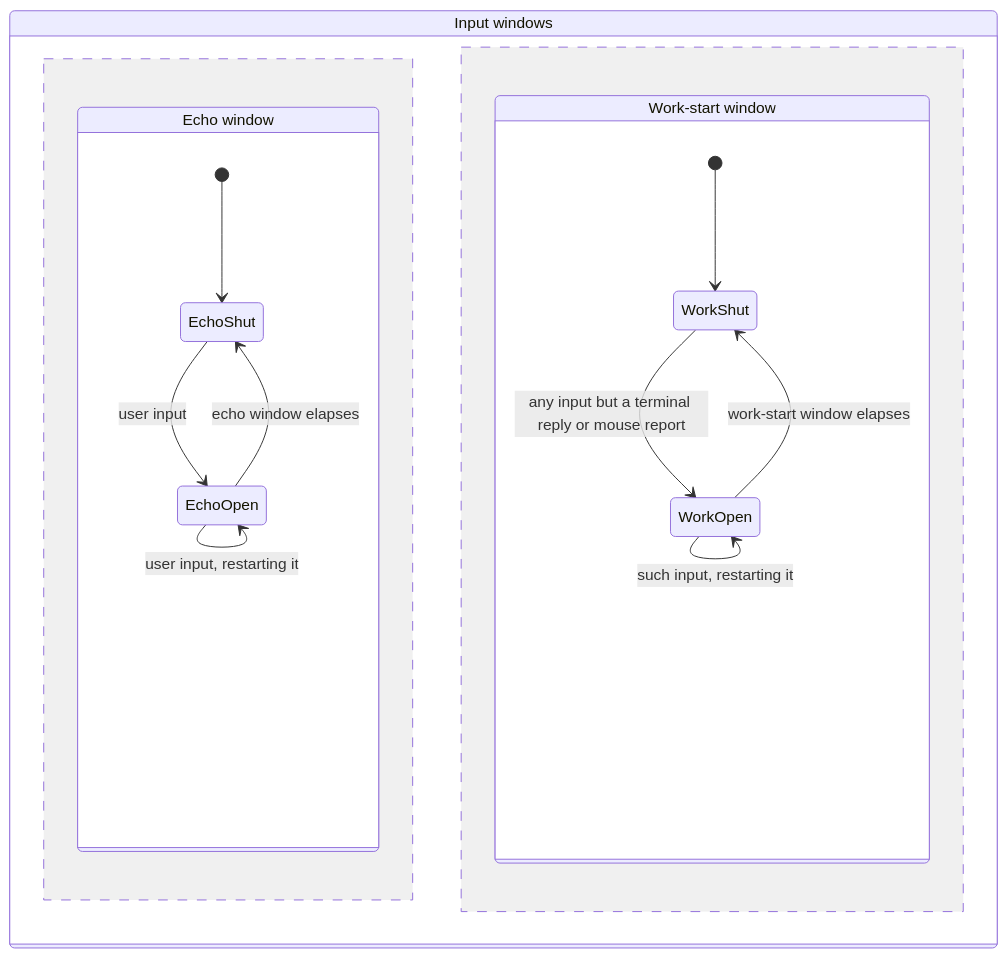
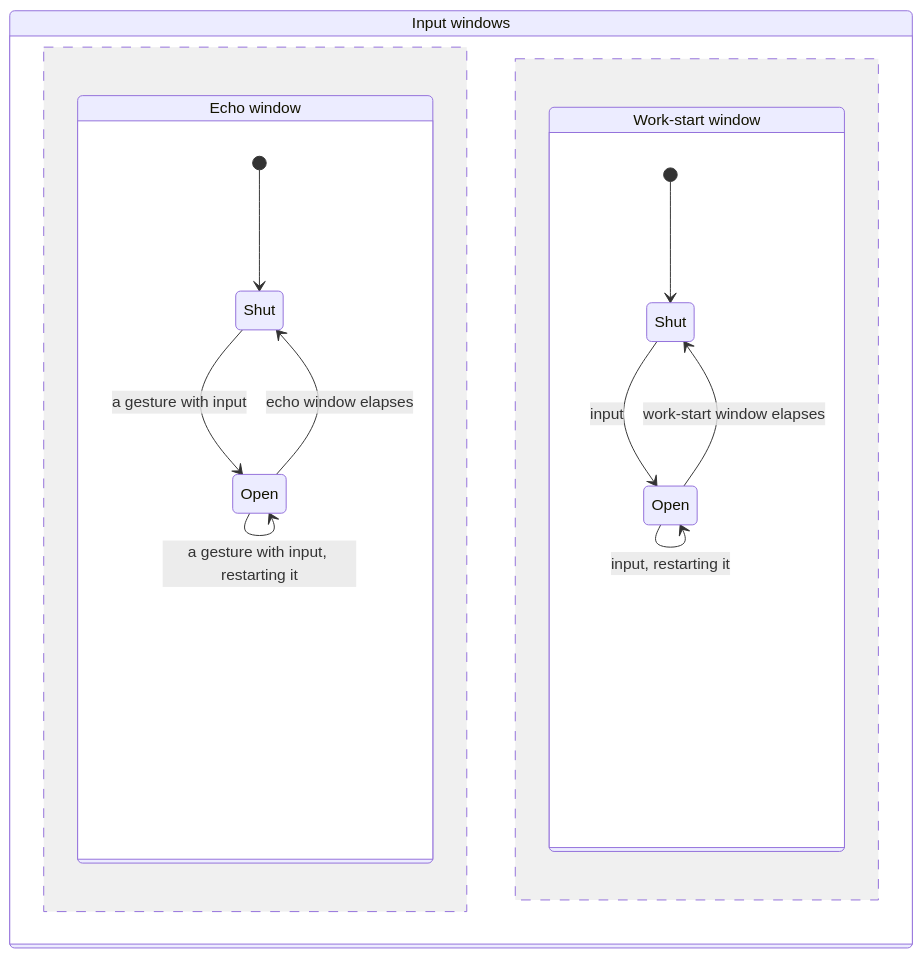
One commit to diffplug/dormouse changed the fifth of 16 diagrams in docs/specs/alert.md. Above: the diagram before and after it, drawn with Mermaid. The commit also changed other lines of this file and 3 other files, not shown here.

````diff
--- a/docs/specs/alert.md
+++ b/docs/specs/alert.md
@@ -133,18 +172,22 @@
 ```mermaid
 stateDiagram-v2
   state "Input windows" as Windows {
     state "Echo window" as Echo {
+      state "Shut" as EchoShut
+      state "Open" as EchoOpen
       [*] --> EchoShut
-      EchoShut --> EchoOpen: user input
-      EchoOpen --> EchoOpen: user input, restarting it
+      EchoShut --> EchoOpen: a gesture with input
+      EchoOpen --> EchoOpen: a gesture with input, restarting it
       EchoOpen --> EchoShut: echo window elapses
     }
     --
     state "Work-start window" as Work {
+      state "Shut" as WorkShut
+      state "Open" as WorkOpen
       [*] --> WorkShut
-      WorkShut --> WorkOpen: any input but a terminal reply or mouse report
-      WorkOpen --> WorkOpen: such input, restarting it
+      WorkShut --> WorkOpen: input
+      WorkOpen --> WorkOpen: input, restarting it
       WorkOpen --> WorkShut: work-start window elapses
     }
   }
 ```
````
